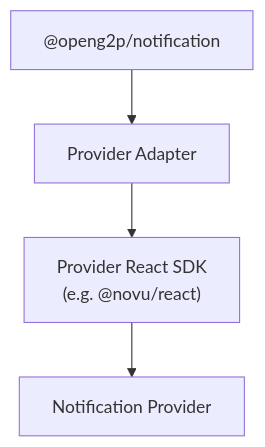
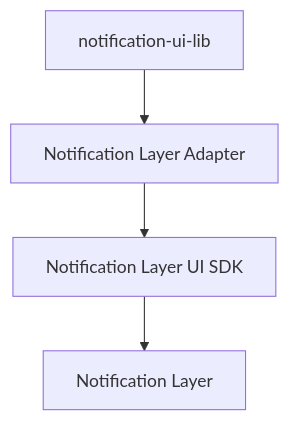
Before and after one commit to OpenG2P/openg2p-documentation: the fifth of 9 diagrams in platform/platform-services/notification/notification-architecture.md, drawn with Mermaid. The commit also changed other lines of this file and 1 other file, not shown here.

Commit message:
G2P-5694 refactor: notification architecture design documentation

````diff
--- a/platform/platform-services/notification/notification-architecture.md
+++ b/platform/platform-services/notification/notification-architecture.md
@@ -231,9 +134,9 @@
 ```mermaid
 flowchart TB
-    Package["@openg2p/notification"]
-    Adapter["Provider Adapter"]
-    SDK["Provider React SDK<br/>(e.g. @novu/react)"]
-    Provider["Notification Provider"]
+    Package["notification-ui-lib"]
+    Adapter["Notification Layer Adapter"]
+    SDK["Notification Layer UI SDK"]
+    Layer["Notification Layer"]
 
-    Package --> Adapter --> SDK --> Provider
+    Package --> Adapter --> SDK --> Layer
 ```
````
